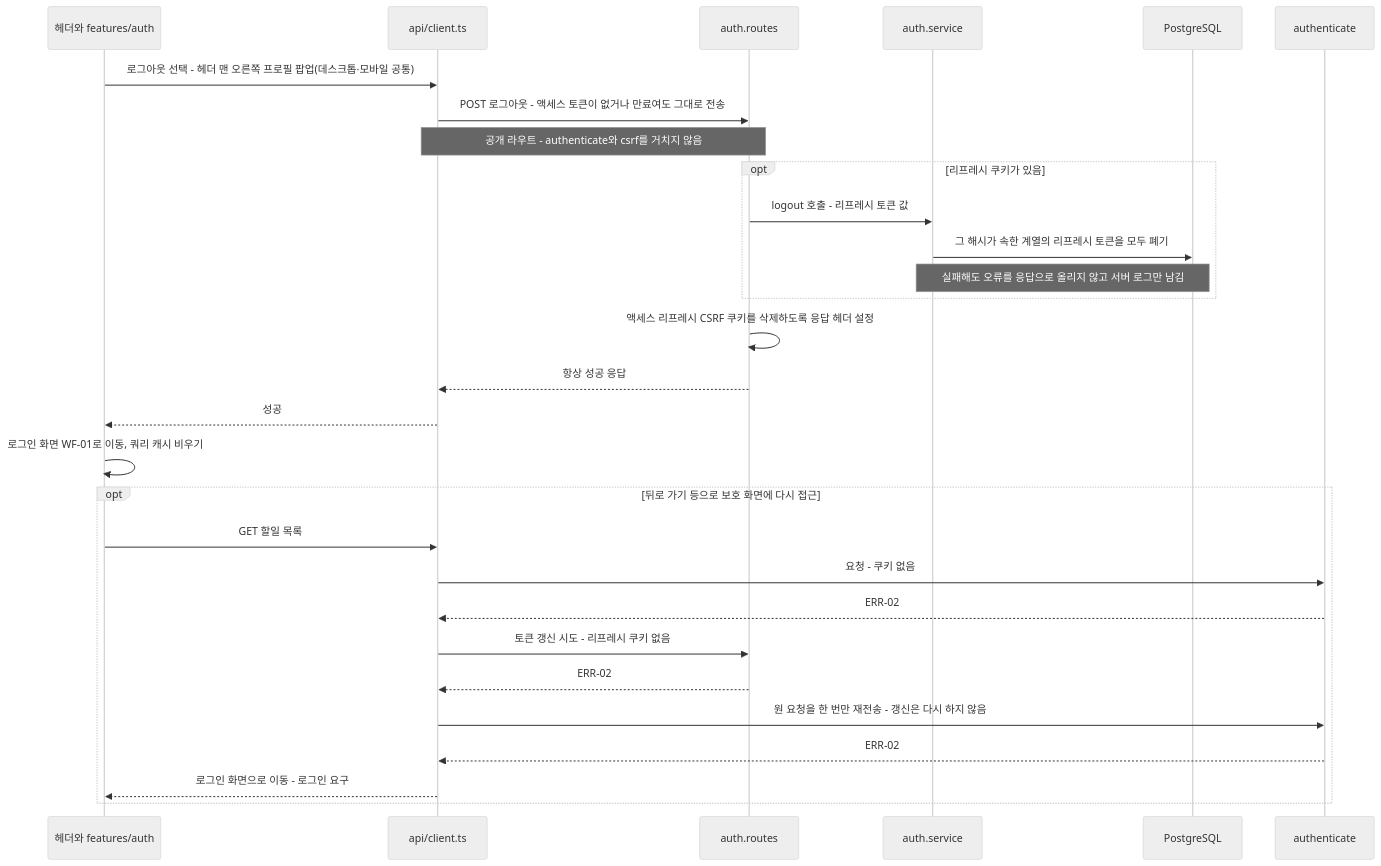
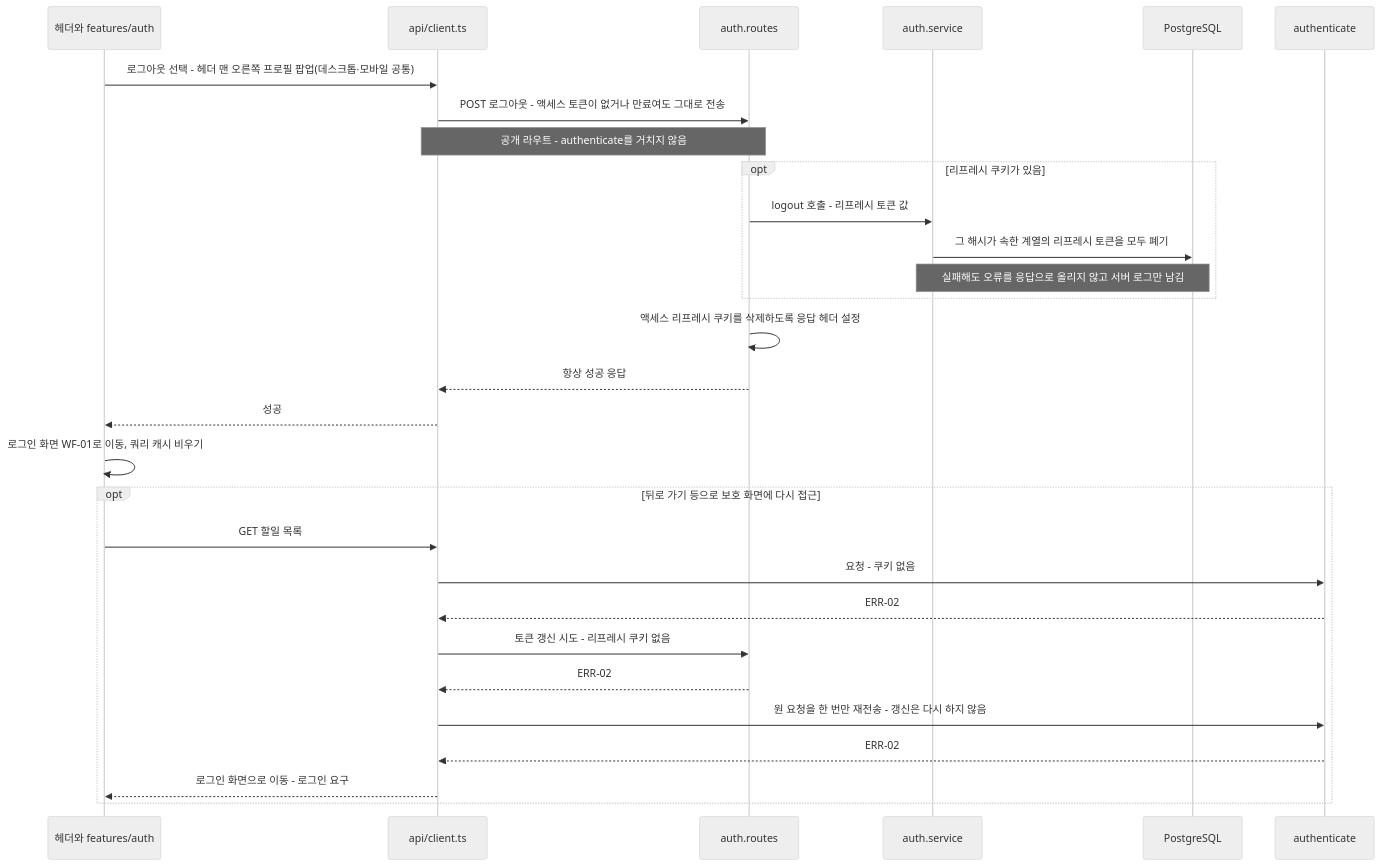
One commit to Palbok-Kim/todolist-app changed diagram 12 of 13 in docs/6-arch-diagram.md. Above: the diagram before and after it, drawn with Mermaid (neutral theme). The commit also changed other lines of this file and 42 other files, not shown here.

First line of the commit message:
refactor: CSRF 방어 제거, ERD·schema.sql 표기 일치화

````diff
--- a/docs/6-arch-diagram.md
+++ b/docs/6-arch-diagram.md
@@ -687,32 +670,32 @@
 ```mermaid
 sequenceDiagram
     participant UI as 헤더와 features/auth
     participant CL as api/client.ts
     participant RT as auth.routes
     participant SV as auth.service
     participant DB as PostgreSQL
     participant AU as authenticate
 
     UI->>CL: 로그아웃 선택 - 헤더 맨 오른쪽 프로필 팝업(데스크톱·모바일 공통)
     CL->>RT: POST 로그아웃 - 액세스 토큰이 없거나 만료여도 그대로 전송
-    Note over CL,RT: 공개 라우트 - authenticate와 csrf를 거치지 않음
+    Note over CL,RT: 공개 라우트 - authenticate를 거치지 않음
     opt 리프레시 쿠키가 있음
         RT->>SV: logout 호출 - 리프레시 토큰 값
         SV->>DB: 그 해시가 속한 계열의 리프레시 토큰을 모두 폐기
         Note over SV,DB: 실패해도 오류를 응답으로 올리지 않고 서버 로그만 남김
     end
-    RT->>RT: 액세스 리프레시 CSRF 쿠키를 삭제하도록 응답 헤더 설정
+    RT->>RT: 액세스 리프레시 쿠키를 삭제하도록 응답 헤더 설정
     RT-->>CL: 항상 성공 응답
     CL-->>UI: 성공
     UI->>UI: 로그인 화면 WF-01로 이동, 쿼리 캐시 비우기
     opt 뒤로 가기 등으로 보호 화면에 다시 접근
         UI->>CL: GET 할일 목록
         CL->>AU: 요청 - 쿠키 없음
         AU-->>CL: ERR-02
         CL->>RT: 토큰 갱신 시도 - 리프레시 쿠키 없음
         RT-->>CL: ERR-02
         CL->>AU: 원 요청을 한 번만 재전송 - 갱신은 다시 하지 않음
         AU-->>CL: ERR-02
         CL-->>UI: 로그인 화면으로 이동 - 로그인 요구
     end
 ```
````
